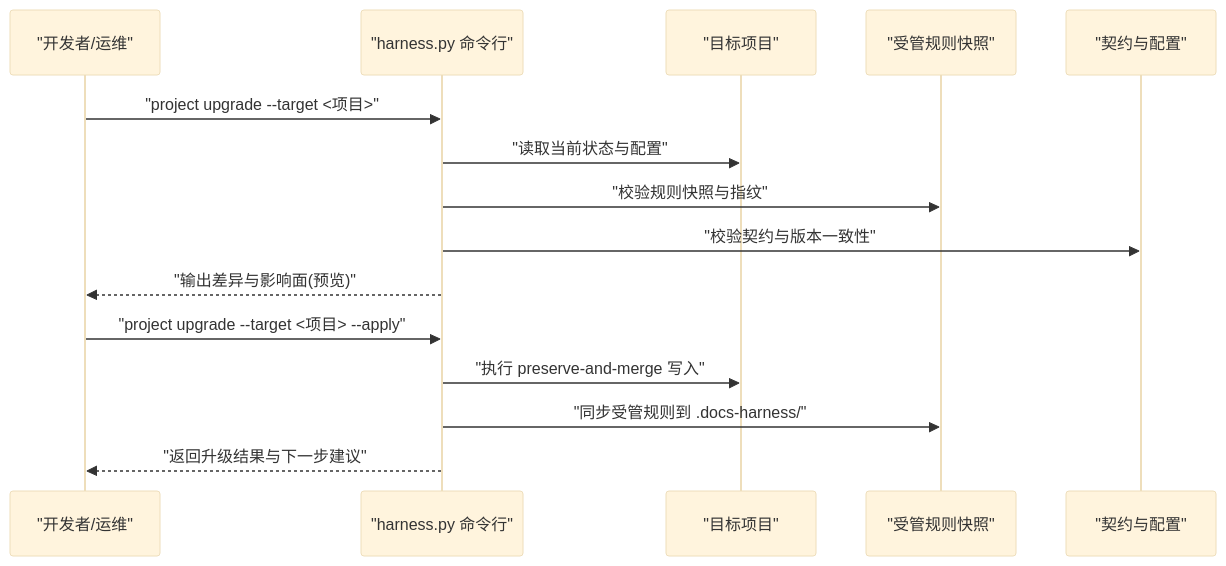
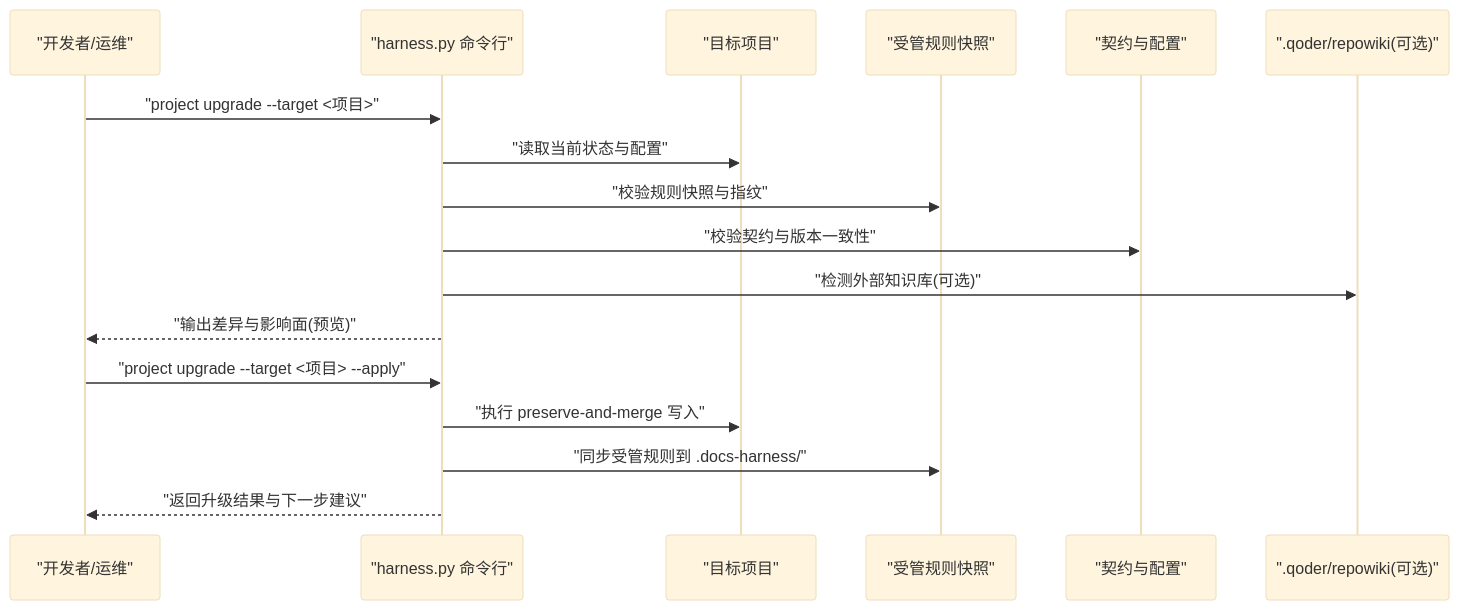
One commit to HackSing/docs-harness changed the second of 4 diagrams in .qoder/repowiki/zh/content/高级主题/部署与运维/版本升级.md. Above: the diagram before and after it, drawn with Mermaid (base theme). The commit also changed other lines of this file and 20 other files, not shown here.

Commit message:
docs: sync .qoder repowiki knowledge base regeneration

````diff
--- a/.qoder/repowiki/zh/content/高级主题/部署与运维/版本升级.md
+++ b/.qoder/repowiki/zh/content/高级主题/部署与运维/版本升级.md
@@ -78,17 +91,19 @@
 ```mermaid
 sequenceDiagram
 participant Dev as "开发者/运维"
 participant CLI as "harness.py 命令行"
 participant Proj as "目标项目"
 participant Rules as "受管规则快照"
 participant Contracts as "契约与配置"
+participant RepoWiki as ".qoder/repowiki(可选)"
 Dev->>CLI : "project upgrade --target <项目>"
 CLI->>Proj : "读取当前状态与配置"
 CLI->>Rules : "校验规则快照与指纹"
 CLI->>Contracts : "校验契约与版本一致性"
+CLI->>RepoWiki : "检测外部知识库(可选)"
 CLI-->>Dev : "输出差异与影响面(预览)"
 Dev->>CLI : "project upgrade --target <项目> --apply"
 CLI->>Proj : "执行 preserve-and-merge 写入"
 CLI->>Rules : "同步受管规则到 .docs-harness/"
 CLI-->>Dev : "返回升级结果与下一步建议"
 ```
````
